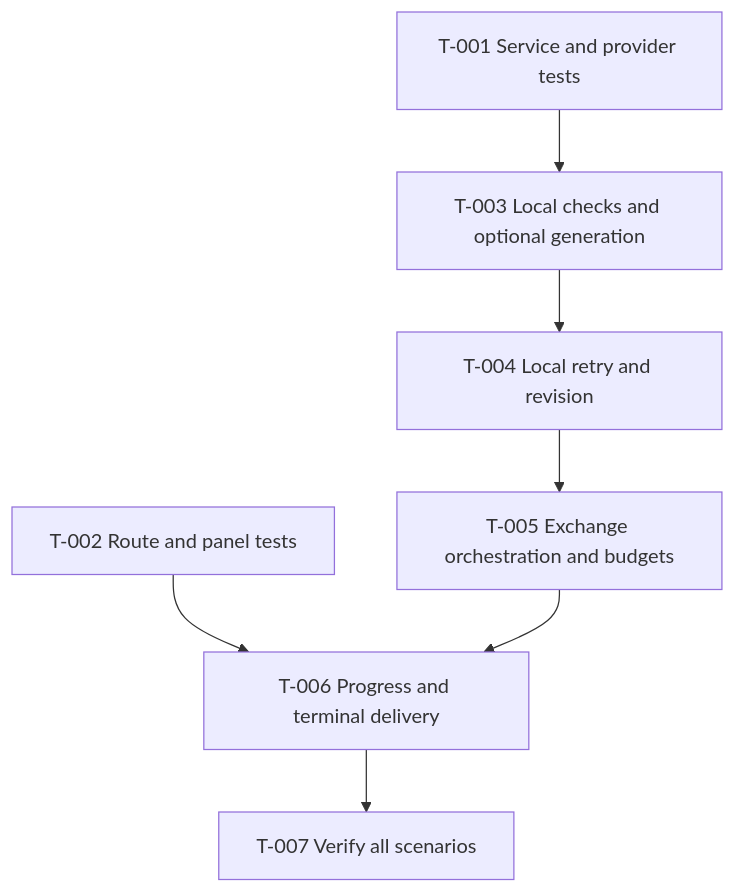
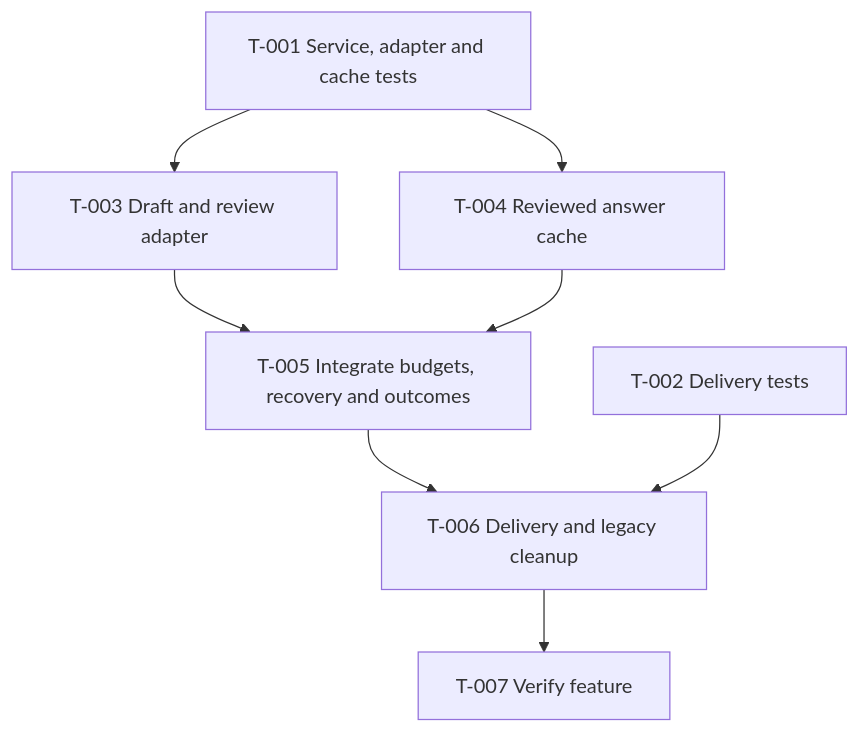
The diagram in specs/assistant/answer_validation/tasks.md (b-chua-student/theseus), drawn with Mermaid before and after one commit. The commit also changed other lines of this file and 3 other files, not shown here.

Commit message:
docs(assistant): define reviewed-answer reuse and two-attempt validation flow

````diff
--- a/specs/assistant/answer_validation/tasks.md
+++ b/specs/assistant/answer_validation/tasks.md
@@ -5,16 +5,17 @@
 ```mermaid
 flowchart TD
-    T001["T-001 Service and provider tests"]
-    T002["T-002 Route and panel tests"]
-    T003["T-003 Local checks and optional generation"]
-    T004["T-004 Local retry and revision"]
-    T005["T-005 Exchange orchestration and budgets"]
-    T006["T-006 Progress and terminal delivery"]
-    T007["T-007 Verify all scenarios"]
+    T001["T-001 Service, adapter and cache tests"]
+    T002["T-002 Delivery tests"]
+    T003["T-003 Draft and review adapter"]
+    T004["T-004 Reviewed answer cache"]
+    T005["T-005 Integrate budgets, recovery and outcomes"]
+    T006["T-006 Delivery and legacy cleanup"]
+    T007["T-007 Verify feature"]
     T001 --> T003
-    T003 --> T004
+    T001 --> T004
+    T003 --> T005
     T004 --> T005
+    T005 --> T006
     T002 --> T006
-    T005 --> T006
     T006 --> T007
 ```
````
